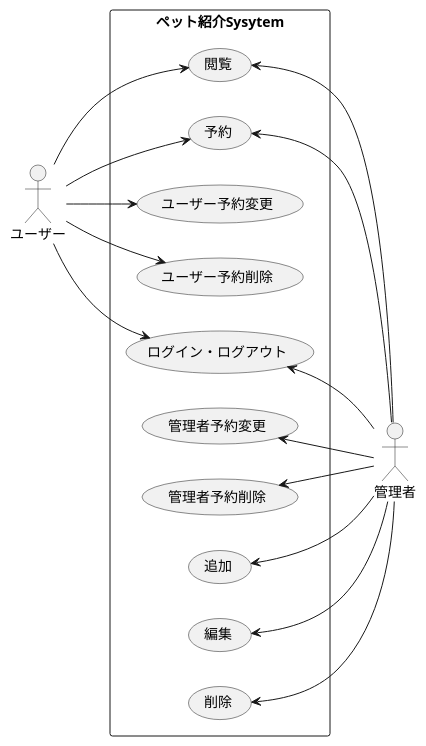
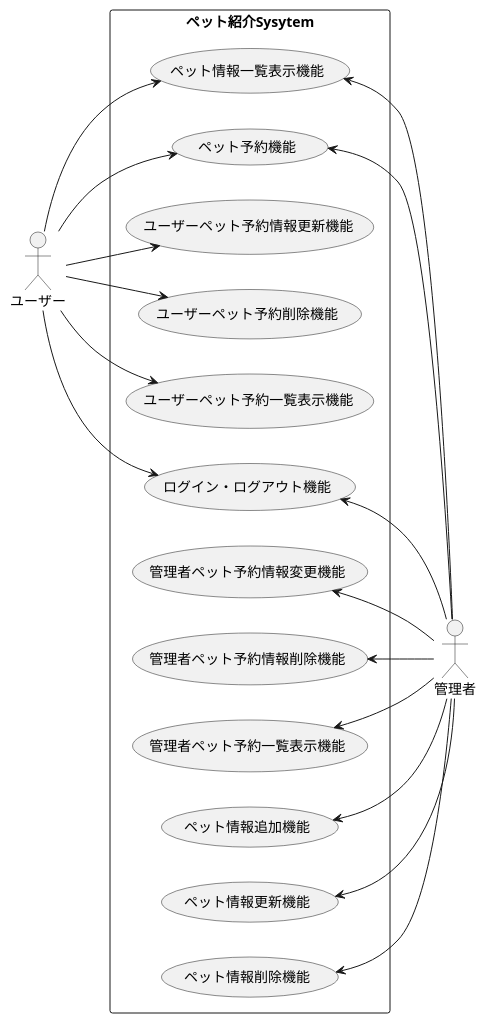
Before and after one commit to Tyamanaka07/WebSystem: the diagram in UML/usecasePet.pu, drawn with PlantUML. The commit also changed 13 other files, not shown here.

```diff
--- a/UML/usecasePet.pu
+++ b/UML/usecasePet.pu
@@ -1,23 +1,26 @@
 @startuml
 left to right direction
 actor ユーザー
 actor 管理者
 
 rectangle ペット紹介Sysytem{
-	ユーザー --> (閲覧)
-	ユーザー --> (予約)
-	ユーザー --> (ユーザー予約変更)
-	ユーザー --> (ユーザー予約削除)
-	ユーザー --> (ログイン・ログアウト)
+	ユーザー --> (ペット情報一覧表示機能)
+	ユーザー --> (ペット予約機能)
+	ユーザー --> (ユーザーペット予約情報更新機能)
+	ユーザー --> (ユーザーペット予約削除機能)
+	ユーザー --> (ユーザーペット予約一覧表示機能)
+	ユーザー --> (ログイン・ログアウト機能)
 
-	(閲覧)     <--管理者
-	(予約)     <--管理者
-	(管理者予約変更) <--管理者
-	(管理者予約削除) <--管理者
-	(ログイン・ログアウト)<--管理者
-	(追加)     <--管理者
-	(編集)     <--管理者
-	(削除)     <--管理者
+	 (ペット情報一覧表示機能)     <--管理者
+	(ペット予約機能)     <--管理者
+	(管理者ペット予約情報変更機能) <--管理者
+	(管理者ペット予約情報削除機能) <--管理者
+	(管理者ペット予約一覧表示機能) <--管理者
+	(ログイン・ログアウト機能)<--管理者
+	(ペット情報追加機能)     <--管理者
+	(ペット情報更新機能)     <--管理者
+	(ペット情報削除機能)     <--管理者
+
 }
 
 @enduml
```
